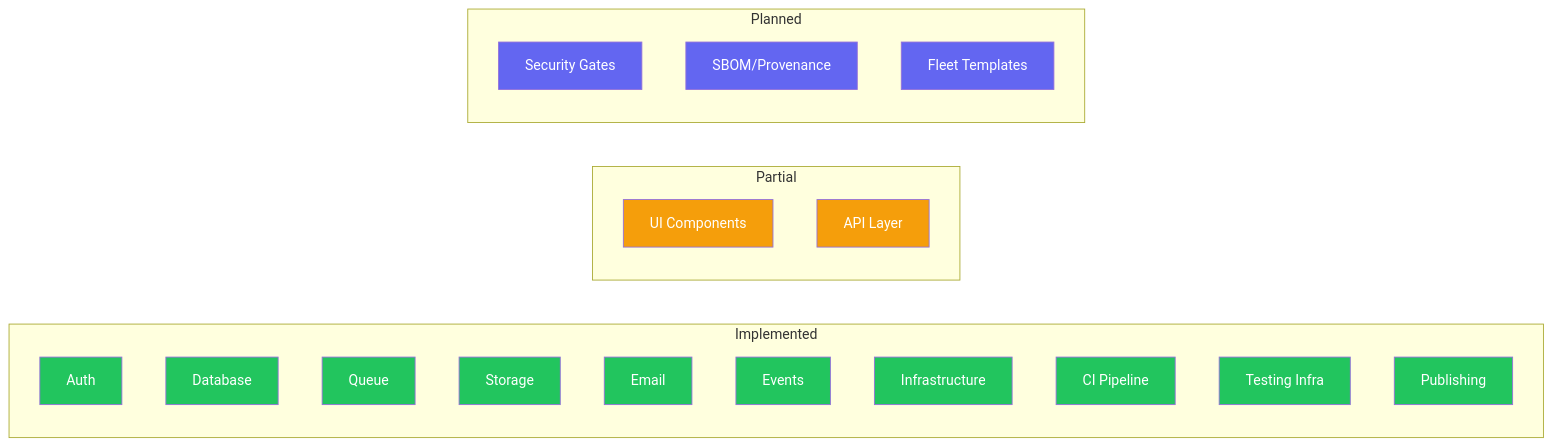
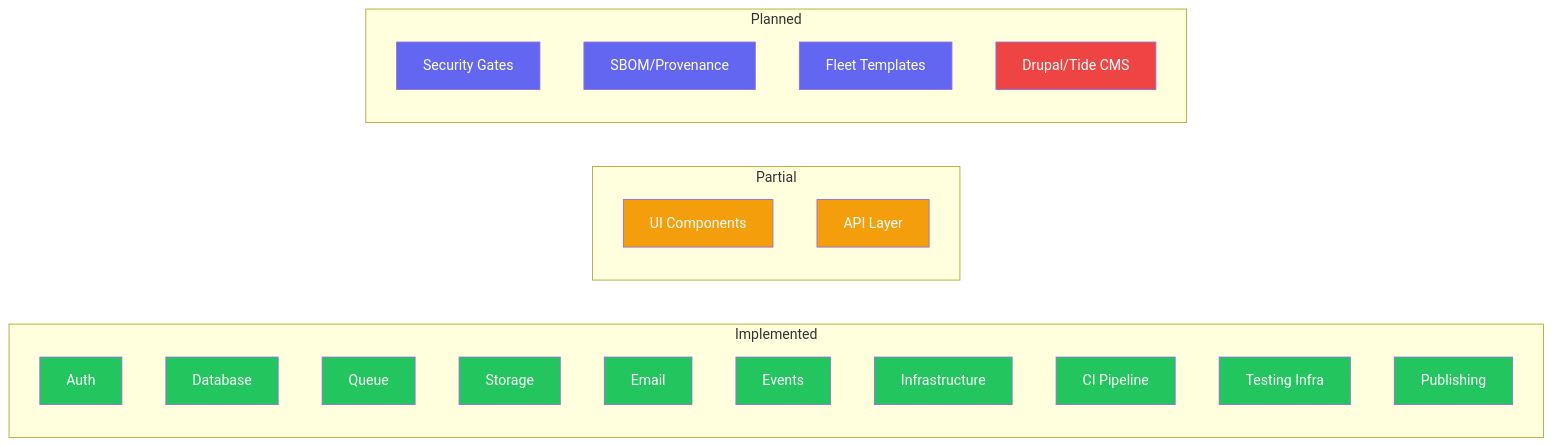
Before and after one commit to jbejenar/ripple-next: the first of 10 diagrams in docs/product-roadmap/README.md, drawn with Mermaid. The commit also changed other lines of this file and 2 other files, not shown here.

First line of the commit message:
fix: address PR review comments, add Drupal/Tide CMS integration to roadmap

````diff
--- a/docs/product-roadmap/README.md
+++ b/docs/product-roadmap/README.md
@@ -15,40 +15,42 @@
 ```mermaid
 graph LR
     subgraph Implemented
         AUTH[Auth]
         DB[Database]
         QUEUE[Queue]
         STORAGE[Storage]
         EMAIL[Email]
         EVENTS[Events]
         INFRA[Infrastructure]
         CI[CI Pipeline]
         TEST[Testing Infra]
         PUB[Publishing]
     end
     subgraph Partial
         UI[UI Components]
         API[API Layer]
     end
     subgraph Planned
         SEC[Security Gates]
         SBOM[SBOM/Provenance]
         FLEET[Fleet Templates]
+        CMS["Drupal/Tide CMS"]
     end
 
     style AUTH fill:#22c55e,color:#fff
     style DB fill:#22c55e,color:#fff
     style QUEUE fill:#22c55e,color:#fff
     style STORAGE fill:#22c55e,color:#fff
     style EMAIL fill:#22c55e,color:#fff
     style EVENTS fill:#22c55e,color:#fff
     style INFRA fill:#22c55e,color:#fff
     style CI fill:#22c55e,color:#fff
     style TEST fill:#22c55e,color:#fff
     style PUB fill:#22c55e,color:#fff
     style UI fill:#f59e0b,color:#fff
     style API fill:#f59e0b,color:#fff
     style SEC fill:#6366f1,color:#fff
     style SBOM fill:#6366f1,color:#fff
     style FLEET fill:#6366f1,color:#fff
+    style CMS fill:#ef4444,color:#fff
 ```
````
